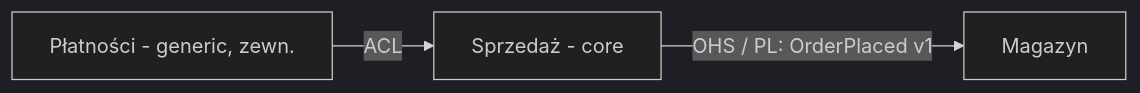
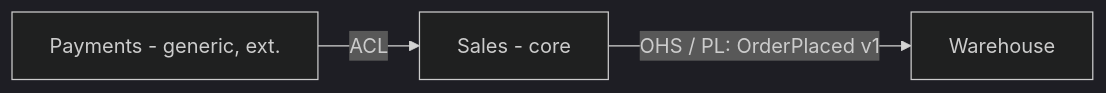
One commit to dbqm45/tf changed the diagram in packs/pack-it/skills/ddd-context-mapping/SKILL.md. Above: the diagram before and after it, drawn with Mermaid (dark theme). The commit also changed other lines of this file and 228 other files, not shown here.

````diff
--- a/packs/pack-it/skills/ddd-context-mapping/SKILL.md
+++ b/packs/pack-it/skills/ddd-context-mapping/SKILL.md
@@ -90,5 +90,5 @@
 ```mermaid
 flowchart LR
-  Sprzedaz[Sprzedaż - core] -- "OHS / PL: OrderPlaced v1" --> Magazyn[Magazyn]
-  Platnosci[Płatności - generic, zewn.] -- "ACL" --> Sprzedaz
+  Sales[Sales - core] -- "OHS / PL: OrderPlaced v1" --> Warehouse[Warehouse]
+  Payments[Payments - generic, ext.] -- "ACL" --> Sales
 ```
````
